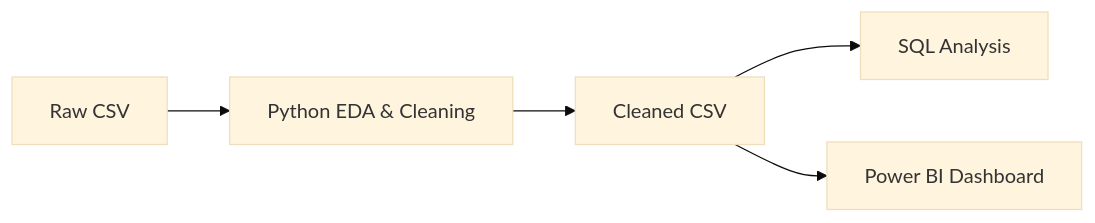
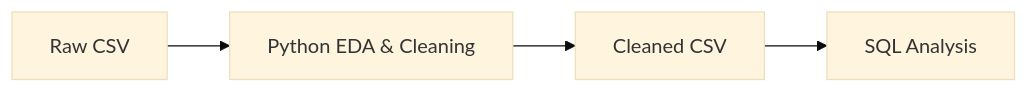
The diagram in python/README.md (D1mZografos/airline-flights-analysis), drawn with Mermaid (base theme) before and after one commit. The commit also changed other lines of this file, not shown here.

````diff
--- a/python/README.md
+++ b/python/README.md
@@ -54,7 +54,6 @@
 ```mermaid
 graph LR
   A[Raw CSV] --> B[Python EDA & Cleaning]
   B --> C[Cleaned CSV]
   C --> D[SQL Analysis]
-  C --> E[Power BI Dashboard]
 ```
````
